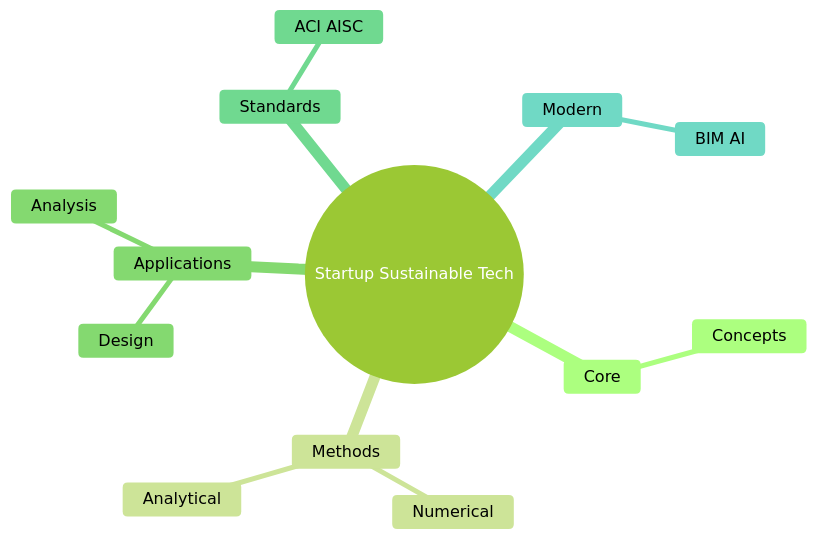
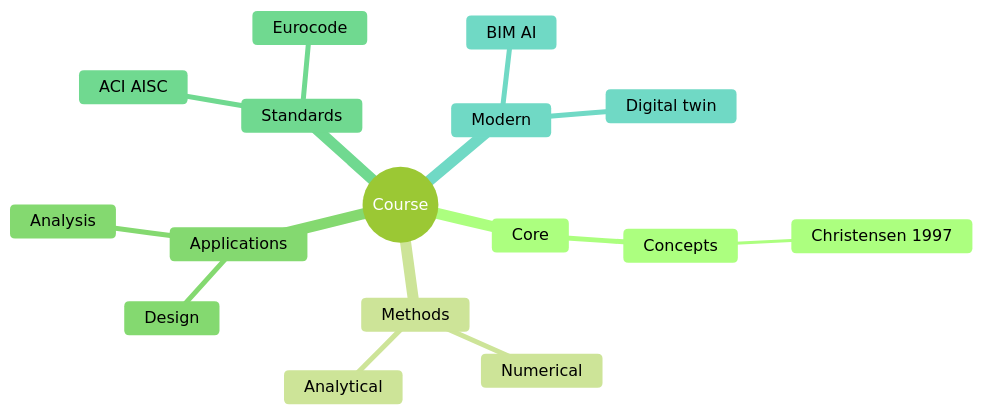
Before and after one commit to yip-lgtm/civil-bootcamp: the second of 6 diagrams in MIT_CEE_Core/Track_2_Mechanics_Materials/Structural_Design/09_1.004_Startup_Sustainable_Tech.md, drawn with Mermaid (forest theme). The commit also changed other lines of this file and 56 other files, not shown here.

````diff
--- a/MIT_CEE_Core/Track_2_Mechanics_Materials/Structural_Design/09_1.004_Startup_Sustainable_Tech.md
+++ b/MIT_CEE_Core/Track_2_Mechanics_Materials/Structural_Design/09_1.004_Startup_Sustainable_Tech.md
@@ -260,16 +440,19 @@
 ```mermaid
 mindmap
-    root((Startup Sustainable Tech))
-      Core
-        Concepts
-      Methods
-        Analytical
-        Numerical
-      Applications
-        Design
-        Analysis
-      Standards
-        ACI AISC
-      Modern
-        BIM AI
+  root((Course))
+    Core
+      Concepts
+        Christensen 1997
+    Methods
+      Analytical
+      Numerical
+    Applications
+      Design
+      Analysis
+    Standards
+      ACI AISC
+      Eurocode
+    Modern
+      BIM AI
+      Digital twin
 ```
````
